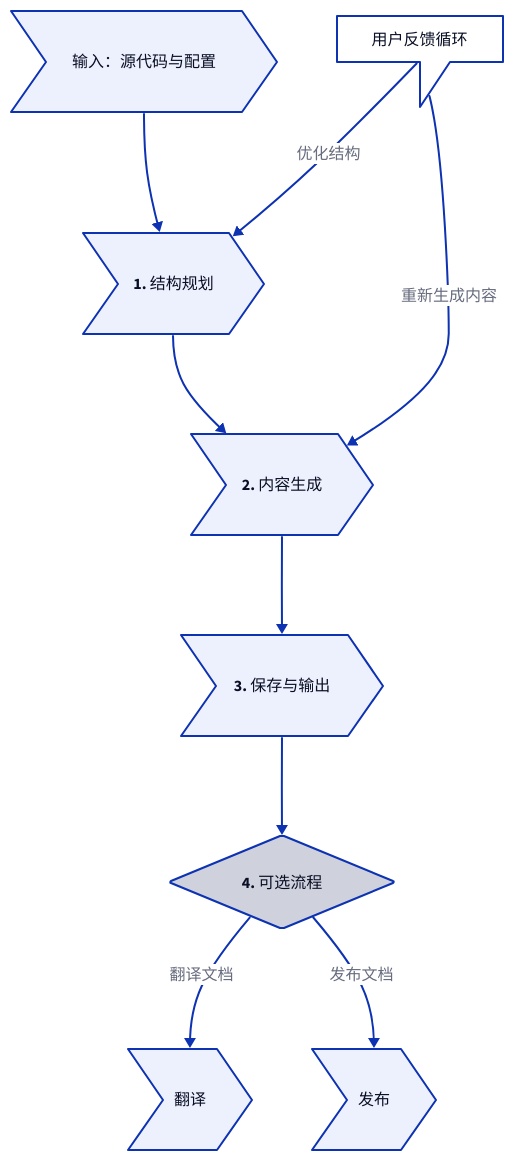
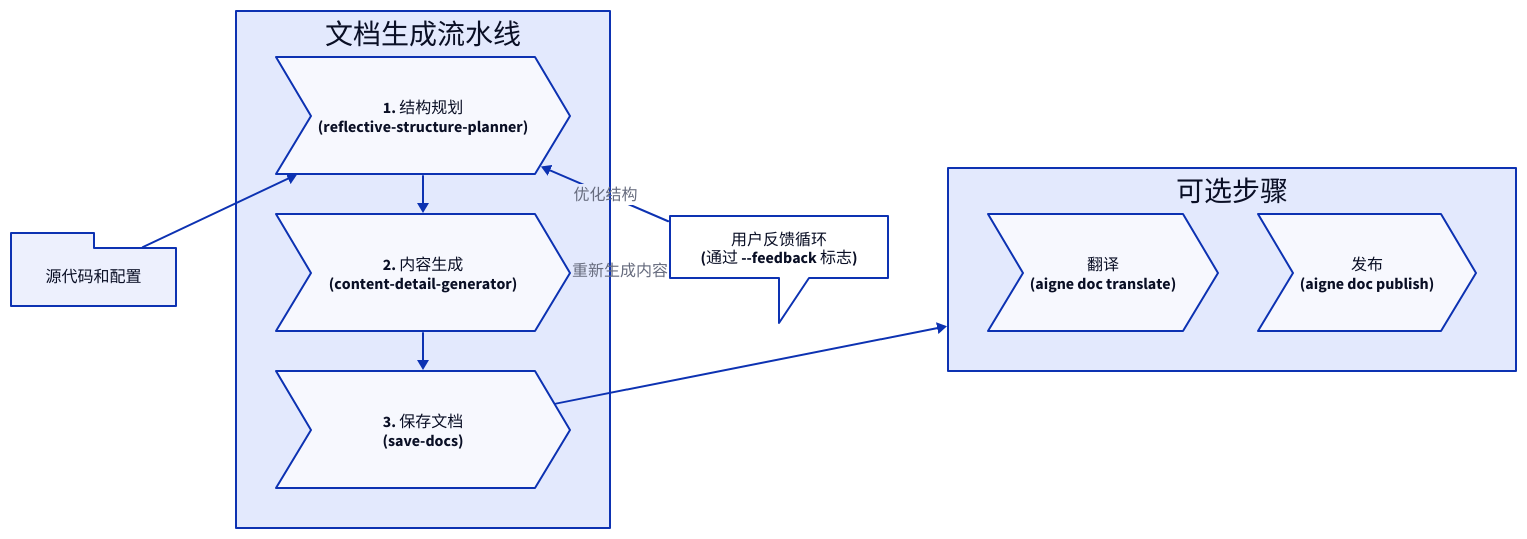
The diagram in docs/advanced-how-it-works.zh.md (AIGNE-io/aigne-doc-smith), drawn with D2 before and after one commit. The commit also changed other lines of this file and 35 other files, not shown here.

````diff
--- a/docs/advanced-how-it-works.zh.md
+++ b/docs/advanced-how-it-works.zh.md
@@ -21,55 +21,58 @@
 ```d2
 direction: down
 
-"Source Code & Config": {
-  shape: step
-  label: "输入：源代码与配置"
+Input: {
+  label: "源代码和配置"
+  shape: package
 }
 
-"Structure Planning": {
-  shape: step
-  label: "1. 结构规划"
+Pipeline: {
+  label: "文档生成流水线"
+  grid-columns: 1
+  grid-gap: 40
+
+  Structure-Planning: {
+    label: "1. 结构规划\n(reflective-structure-planner)"
+    shape: step
+  }
+
+  Content-Generation: {
+    label: "2. 内容生成\n(content-detail-generator)"
+    shape: step
+  }
+
+  Saving: {
+    label: "3. 保存文档\n(save-docs)"
+    shape: step
+  }
 }
 
-"Content Generation": {
-  shape: step
-  label: "2. 内容生成"
+User-Feedback: {
+  label: "用户反馈循环\n(通过 --feedback 标志)"
+  shape: callout
 }
 
-"Saving & Output": {
-  shape: step
-  label: "3. 保存与输出"
+Optional-Steps: {
+  label: "可选步骤"
+  grid-columns: 2
+  grid-gap: 40
+  
+  Translation: {
+    label: "翻译\n(aigne doc translate)"
+    shape: step
+  }
+
+  Publishing: {
+    label: "发布\n(aigne doc publish)"
+    shape: step
+  }
 }
 
-"Optional Processes": {
-  shape: diamond
-  label: "4. 可选流程"
-}
+Input -> Pipeline.Structure-Planning
+Pipeline.Structure-Planning -> Pipeline.Content-Generation
+Pipeline.Content-Generation -> Pipeline.Saving
+Pipeline.Saving -> Optional-Steps
 
-"Translation": {
-  shape: step
-  label: "翻译"
-}
-
-"Publishing": {
-  shape: step
-  label: "发布"
-}
-
-"Feedback Loop": {
-  shape: callout
-  label: "用户反馈循环"
-}
-
-"Source Code & Config" -> "Structure Planning"
-"Structure Planning" -> "Content Generation"
-"Content Generation" -> "Saving & Output"
-"Saving & Output" -> "Optional Processes"
-
-"Optional Processes" -> "Translation": "翻译文档"
-"Optional Processes" -> "Publishing": "发布文档"
-
-"Structure Planning" <- "Feedback Loop": "优化结构"
-"Content Generation" <- "Feedback Loop": "重新生成内容"
-
+User-Feedback -> Pipeline.Structure-Planning: "优化结构"
+User-Feedback -> Pipeline.Content-Generation: "重新生成内容"
 ```
````
